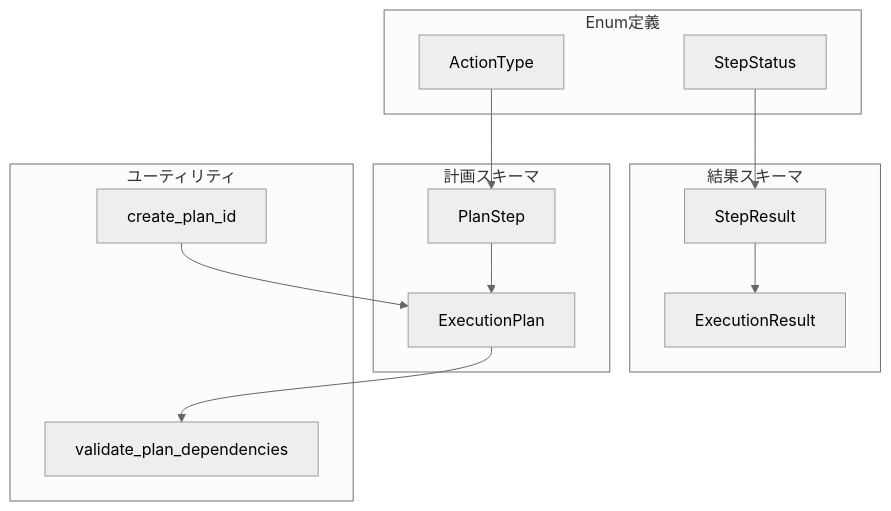
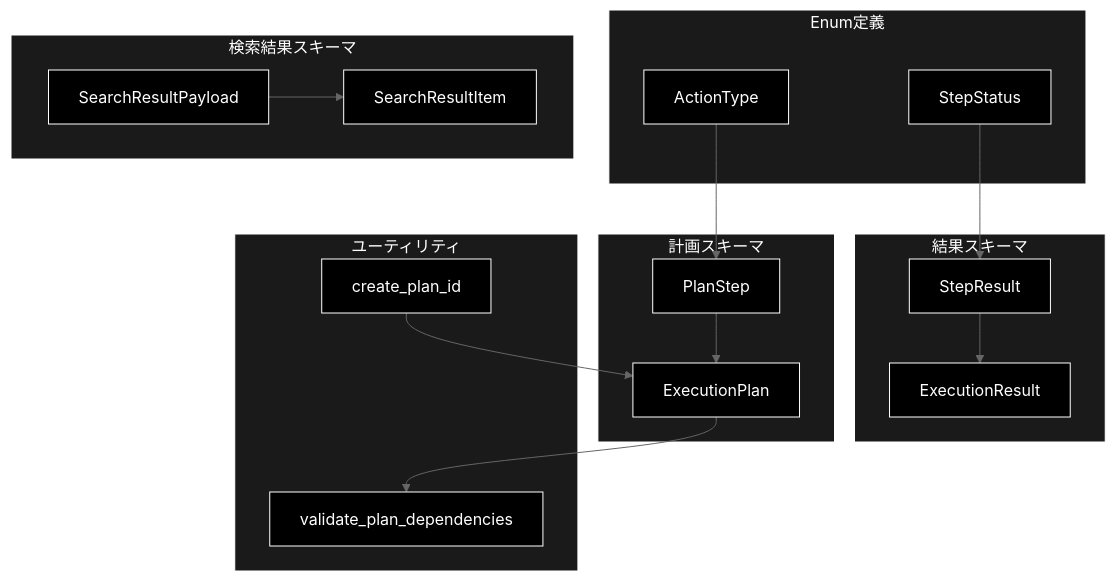
Before and after one commit to nakashima2toshio/anthropic_grace_agent_v2: the second of 4 diagrams in grace/doc/schemas.md, drawn with Mermaid (neutral theme). The commit also changed other lines of this file and 9 other files, not shown here.

````diff
--- a/grace/doc/schemas.md
+++ b/grace/doc/schemas.md
@@ -94,29 +105,43 @@
 ```mermaid
 flowchart TB
     subgraph ENUMS["Enum定義"]
-        AT[ActionType]
-        SS[StepStatus]
+        AT["ActionType"]
+        SS["StepStatus"]
     end
 
     subgraph PLAN["計画スキーマ"]
-        PS[PlanStep]
-        EP[ExecutionPlan]
+        PS["PlanStep"]
+        EP["ExecutionPlan"]
     end
 
     subgraph RESULT["結果スキーマ"]
-        SR[StepResult]
-        ER[ExecutionResult]
+        SR["StepResult"]
+        ER["ExecutionResult"]
+    end
+
+    subgraph SEARCH["検索結果スキーマ"]
+        SRP["SearchResultPayload"]
+        SRI["SearchResultItem"]
     end
 
     subgraph UTILS["ユーティリティ"]
-        CPI[create_plan_id]
-        VPD[validate_plan_dependencies]
+        CPI["create_plan_id"]
+        VPD["validate_plan_dependencies"]
     end
 
     AT --> PS
     SS --> SR
     PS --> EP
     SR --> ER
+    SRP --> SRI
     EP --> VPD
     CPI --> EP
+classDef default fill:#000,stroke:#fff,color:#fff
+classDef subgraphStyle fill:#1a1a1a,stroke:#fff,color:#fff
+class AT,SS,PS,EP,SR,ER,SRP,SRI,CPI,VPD default
+style ENUMS fill:#1a1a1a,stroke:#fff,color:#fff
+style PLAN fill:#1a1a1a,stroke:#fff,color:#fff
+style RESULT fill:#1a1a1a,stroke:#fff,color:#fff
+style SEARCH fill:#1a1a1a,stroke:#fff,color:#fff
+style UTILS fill:#1a1a1a,stroke:#fff,color:#fff
 ```
````
